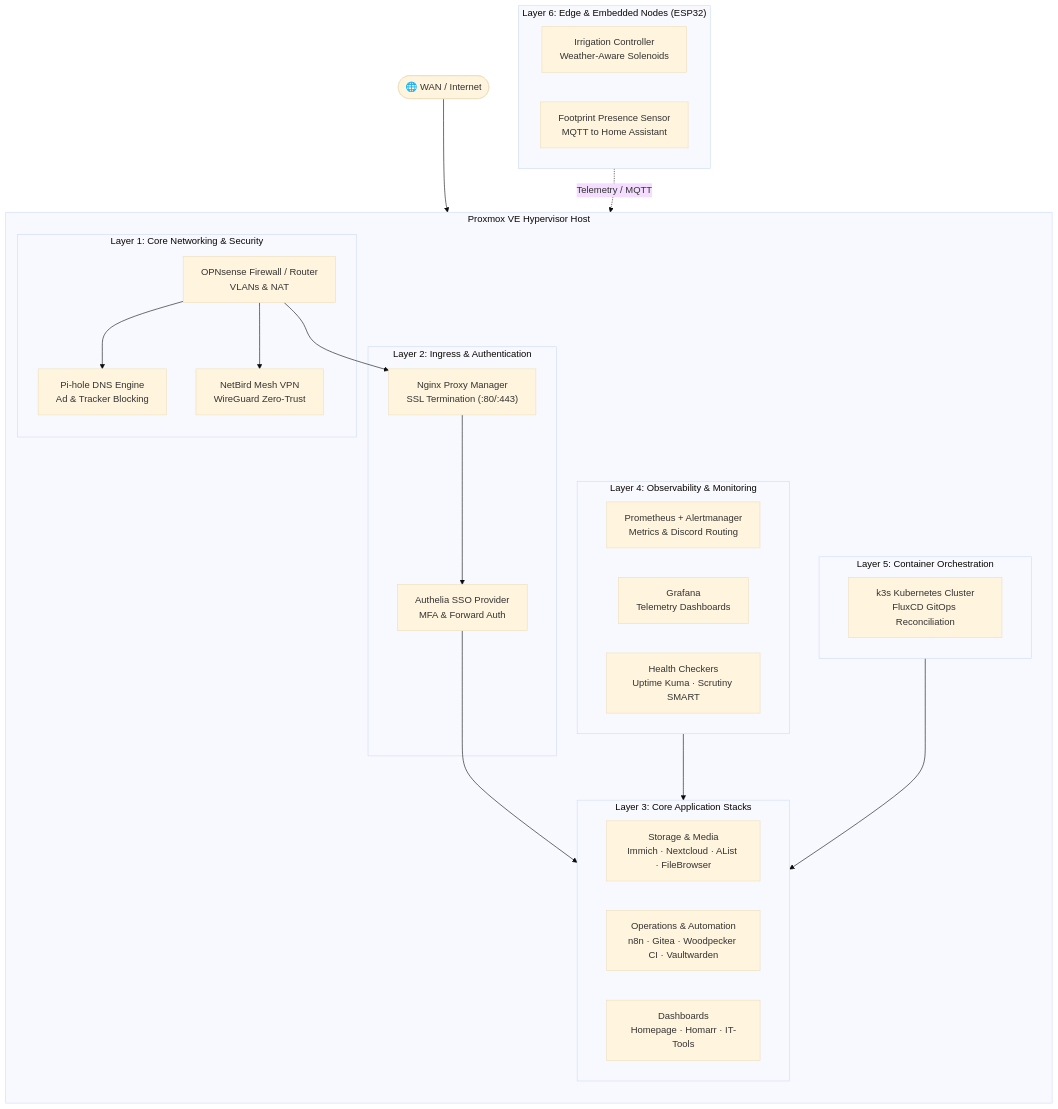
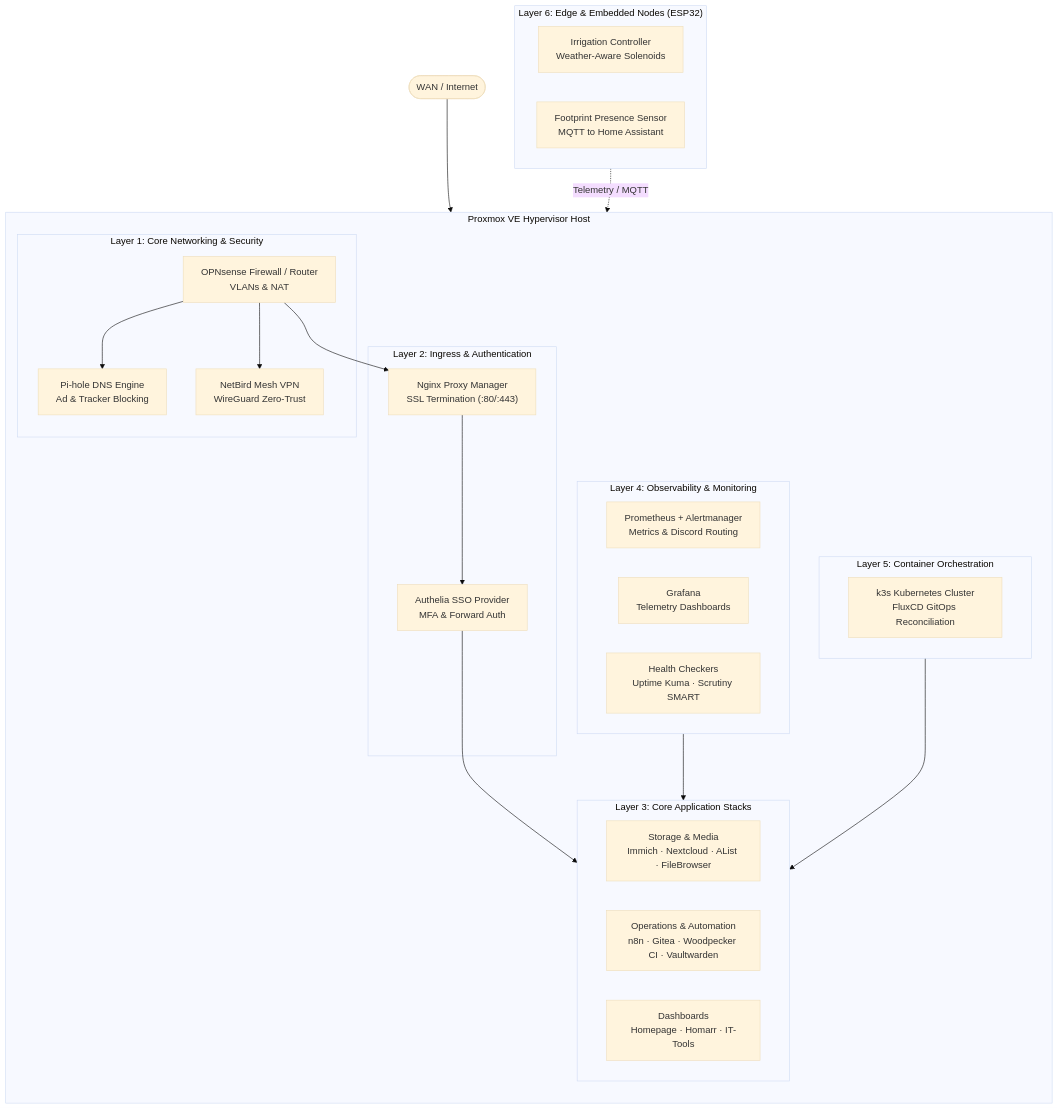
The diagram in wiki/Home.md (stefanutc1/datacenter), drawn with Mermaid (base theme) before and after one commit. The commit also changed other lines of this file and 71 other files, not shown here.

````diff
--- a/wiki/Home.md
+++ b/wiki/Home.md
@@ -5,64 +5,64 @@
 ```mermaid
 flowchart TB
-    Internet(["🌐 WAN / Internet"])
+    Internet([" WAN / Internet"])
 
     subgraph PVE["Proxmox VE Hypervisor Host"]
         direction TB
 
         subgraph CORE["Layer 1: Core Networking & Security"]
             OPN["OPNsense Firewall / Router
 VLANs & NAT"]
             DNS["Pi-hole DNS Engine
 Ad & Tracker Blocking"]
             VPN["NetBird Mesh VPN
 WireGuard Zero-Trust"]
         end
 
         subgraph INGRESS["Layer 2: Ingress & Authentication"]
             NPM["Nginx Proxy Manager
 SSL Termination (:80/:443)"]
             AUTH["Authelia SSO Provider
 MFA & Forward Auth"]
         end
 
         subgraph PLATFORM["Layer 3: Core Application Stacks"]
             STORAGE["Storage & Media
 Immich · Nextcloud · AList · FileBrowser"]
             OPS["Operations & Automation
 n8n · Gitea · Woodpecker CI · Vaultwarden"]
             DASH["Dashboards
 Homepage · Homarr · IT-Tools"]
         end
 
         subgraph OBS["Layer 4: Observability & Monitoring"]
             PROM["Prometheus + Alertmanager
 Metrics & Discord Routing"]
             GRAF["Grafana
 Telemetry Dashboards"]
             HEALTH["Health Checkers
 Uptime Kuma · Scrutiny SMART"]
         end
 
         subgraph K8S["Layer 5: Container Orchestration"]
             K3S["k3s Kubernetes Cluster
 FluxCD GitOps Reconciliation"]
         end
     end
 
     subgraph EDGE["Layer 6: Edge & Embedded Nodes (ESP32)"]
         IRR["Irrigation Controller
 Weather-Aware Solenoids"]
         PIR["Footprint Presence Sensor
 MQTT to Home Assistant"]
     end
 
     Internet --> OPN
     OPN --> NPM
     NPM --> AUTH
     AUTH --> PLATFORM
     OPN --> DNS
     OPN --> VPN
     OBS --> PLATFORM
     K8S --> PLATFORM
     EDGE -.->|Telemetry / MQTT| PLATFORM
 ```
````
